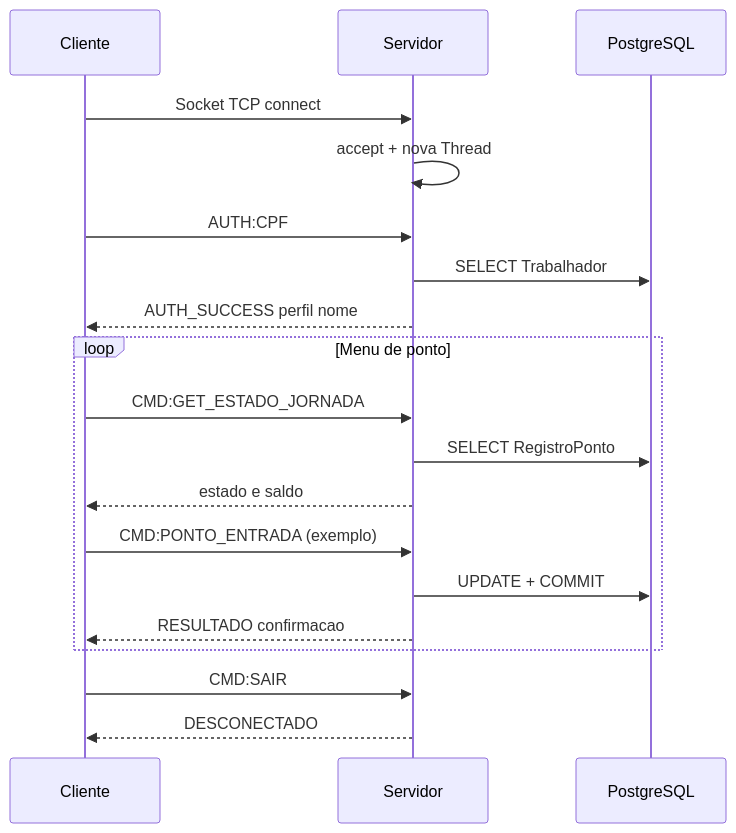
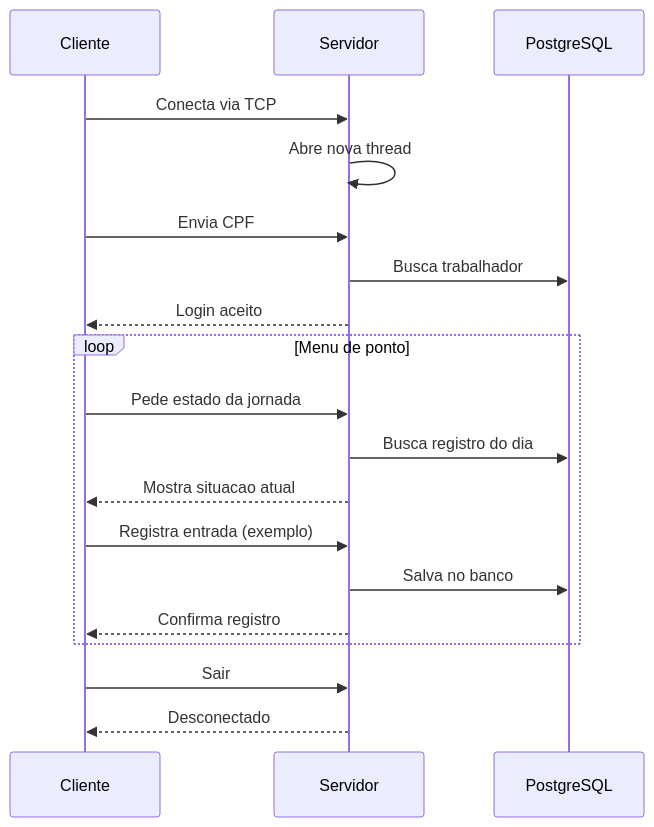
Before and after one commit to mazeta1910/ADD44S-Gestao-de-Frequencias-Canteiro-de-Obras: the diagram in README.md, drawn with Mermaid. The commit also changed other lines of this file, not shown here.

````diff
--- a/README.md
+++ b/README.md
@@ -78,24 +78,24 @@
 ```mermaid
 sequenceDiagram
     participant C as Cliente
     participant S as Servidor
     participant DB as PostgreSQL
 
-    C->>S: Socket TCP connect
-    S->>S: accept + nova Thread
-    C->>S: AUTH:CPF
-    S->>DB: SELECT Trabalhador
-    S-->>C: AUTH_SUCCESS perfil nome
+    C->>S: Conecta via TCP
+    S->>S: Abre nova thread
+    C->>S: Envia CPF
+    S->>DB: Busca trabalhador
+    S-->>C: Login aceito
 
     loop Menu de ponto
-        C->>S: CMD:GET_ESTADO_JORNADA
-        S->>DB: SELECT RegistroPonto
-        S-->>C: estado e saldo
-        C->>S: CMD:PONTO_ENTRADA (exemplo)
-        S->>DB: UPDATE + COMMIT
-        S-->>C: RESULTADO confirmacao
+        C->>S: Pede estado da jornada
+        S->>DB: Busca registro do dia
+        S-->>C: Mostra situacao atual
+        C->>S: Registra entrada (exemplo)
+        S->>DB: Salva no banco
+        S-->>C: Confirma registro
     end
 
-    C->>S: CMD:SAIR
-    S-->>C: DESCONECTADO
+    C->>S: Sair
+    S-->>C: Desconectado
 ```
````
